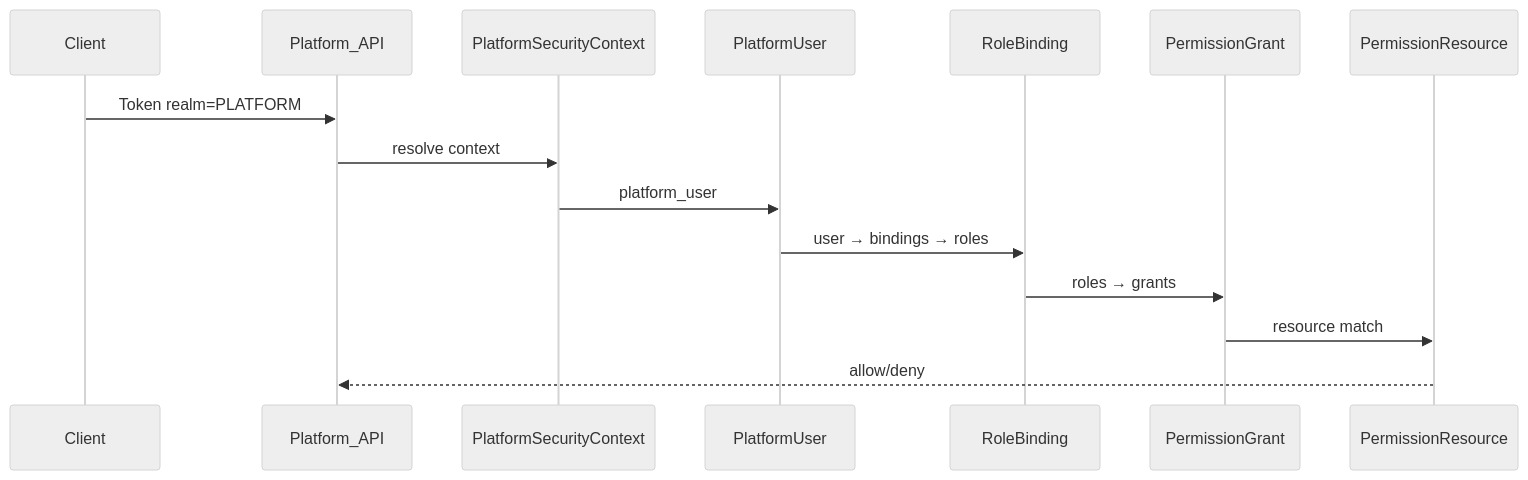
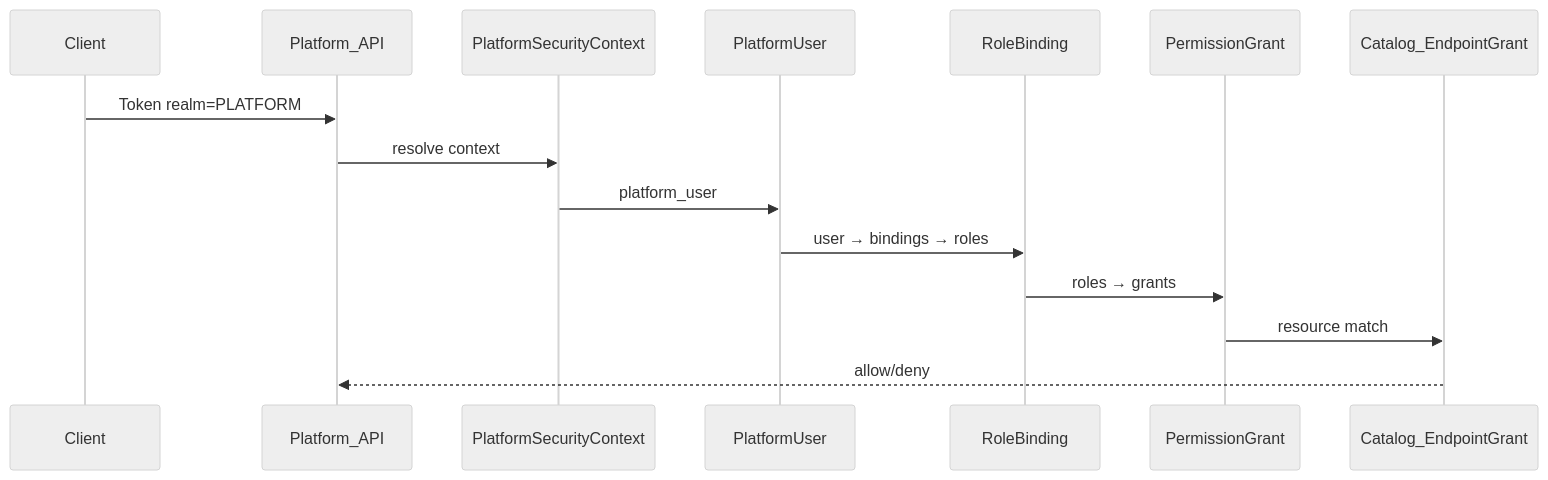
One commit to innospots/innospots-nexus changed the fifth of 9 diagrams in docs/design/multi-tenant-governance-design.md. Above: the diagram before and after it, drawn with Mermaid (neutral theme). The commit also changed other lines of this file and 374 other files, not shown here.

````diff
--- a/docs/design/multi-tenant-governance-design.md
+++ b/docs/design/multi-tenant-governance-design.md
@@ -928,18 +931,18 @@
 ```mermaid
 sequenceDiagram
     participant Client
     participant API as Platform_API
     participant Ctx as PlatformSecurityContext
     participant User as PlatformUser
     participant UR as RoleBinding
     participant Grant as PermissionGrant
-    participant Res as PermissionResource
+    participant Res as Catalog_EndpointGrant
 
     Client->>API: Token realm=PLATFORM
     API->>Ctx: resolve context
     Ctx->>User: platform_user
     User->>UR: user → bindings → roles
     UR->>Grant: roles → grants
     Grant->>Res: resource match
     Res-->>API: allow/deny
 ```
````
